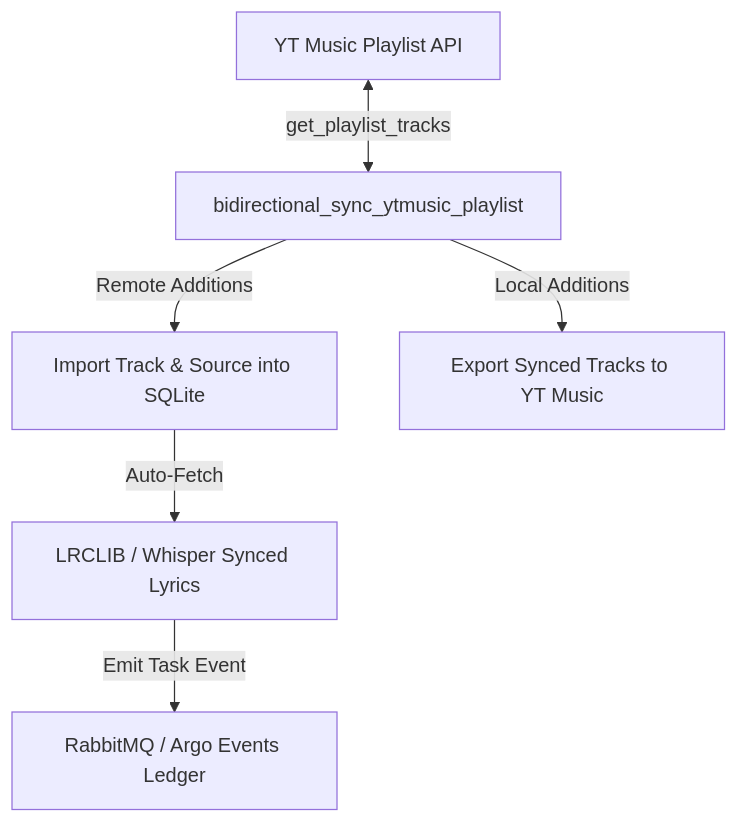
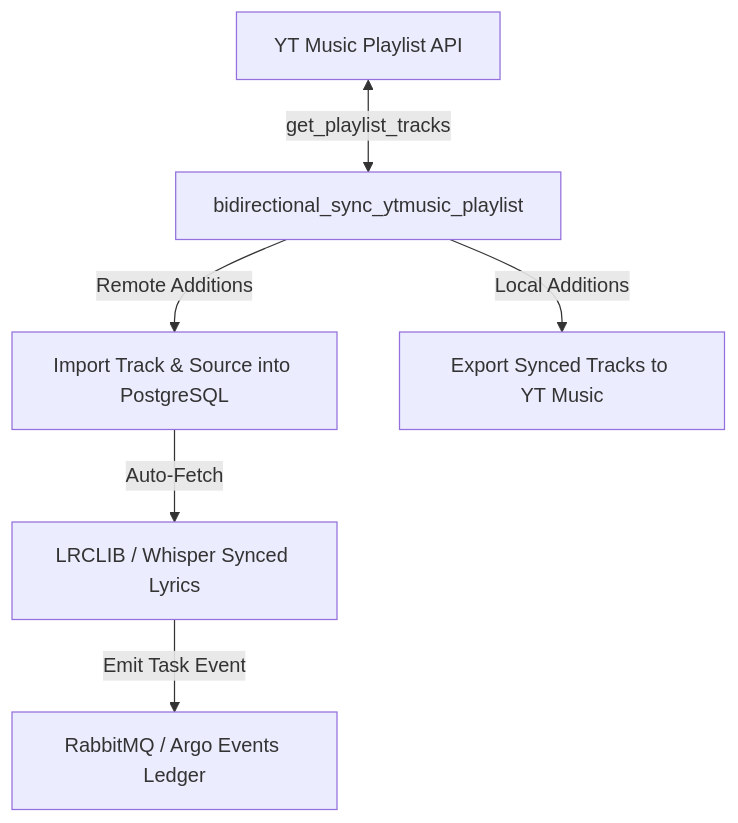
Before and after one commit to violetina/karaoke: the ninth of 10 diagrams in docs/flows.md, drawn with Mermaid. The commit also changed other lines of this file and 18 other files, not shown here.

First line of the commit message:
docs: rewrite README and correct SQLite references to PostgreSQL

````diff
--- a/docs/flows.md
+++ b/docs/flows.md
@@ -390,8 +390,8 @@
 ```mermaid
 flowchart TD
     A[YT Music Playlist API] <-->|get_playlist_tracks| B[bidirectional_sync_ytmusic_playlist]
-    B -->|Remote Additions| C[Import Track & Source into SQLite]
+    B -->|Remote Additions| C[Import Track & Source into PostgreSQL]
     C -->|Auto-Fetch| D[LRCLIB / Whisper Synced Lyrics]
     B -->|Local Additions| E[Export Synced Tracks to YT Music]
     D -->|Emit Task Event| F[RabbitMQ / Argo Events Ledger]
 ```
````
